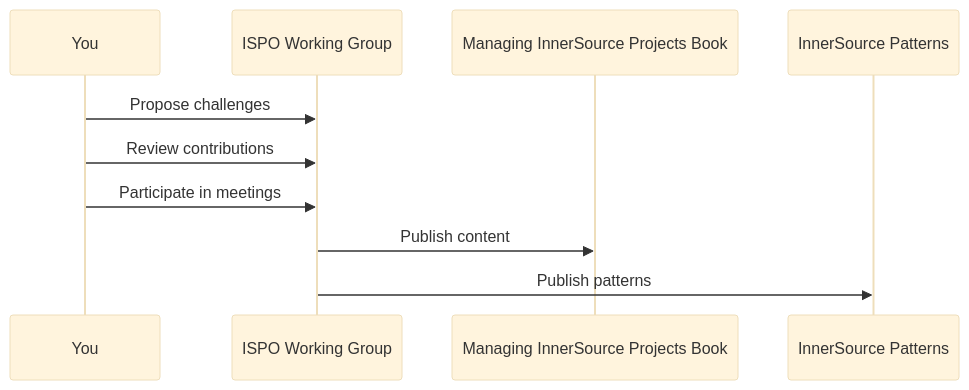
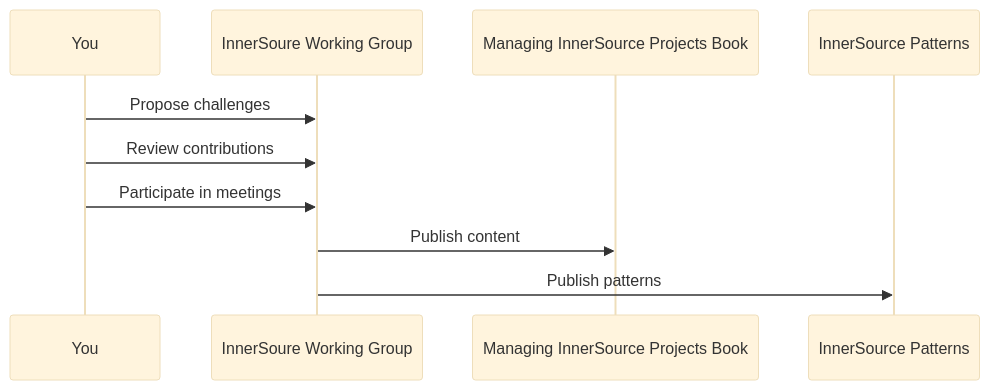
Before and after one commit to InnerSourceCommons/innersource-working-group: the diagram in CONTRIBUTING.md, drawn with Mermaid (base theme). The commit also changed other lines of this file and 10 other files, not shown here.

Commit message:
chore: change ISPO Working Group to InnerSoure Working Group

````diff
--- a/CONTRIBUTING.md
+++ b/CONTRIBUTING.md
@@ -16,13 +16,13 @@
 ```mermaid
 sequenceDiagram
   participant You
-  participant WG as ISPO Working Group
+  participant WG as InnerSoure Working Group
   participant MIP as Managing InnerSource Projects Book
   participant ISP as InnerSource Patterns
 
   You->>WG: Propose challenges
   You->>WG: Review contributions
   You->>WG: Participate in meetings
   WG->>MIP: Publish content
   WG->>ISP: Publish patterns
 ```
````
